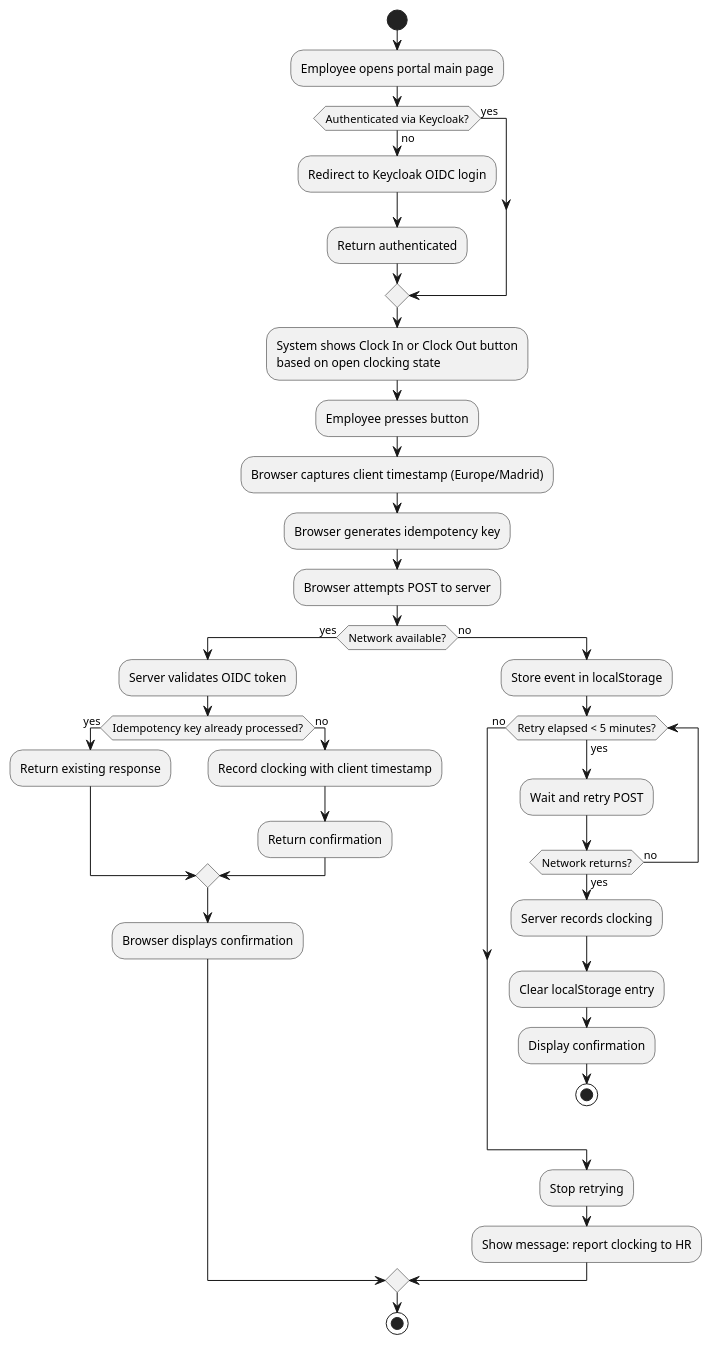
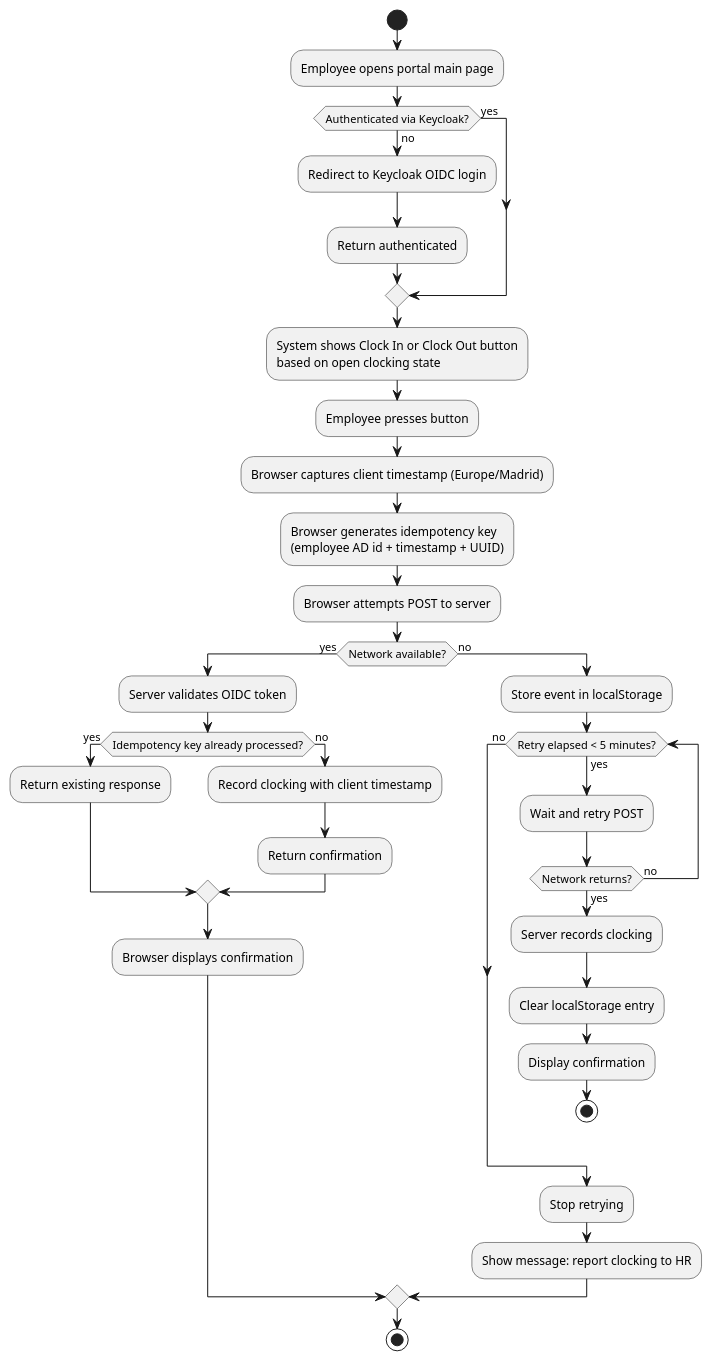
Before and after one commit to banense-test/portal: the second of 5 diagrams in docs/artifacts/requirements/use-case-model.md, drawn with PlantUML. The commit also changed other lines of this file, not shown here.

````diff
--- a/docs/artifacts/requirements/use-case-model.md
+++ b/docs/artifacts/requirements/use-case-model.md
@@ -128,42 +167,43 @@
 ```plantuml
 @startuml UC003_Clock_In_Out_Activity
 start
 :Employee opens portal main page;
 if (Authenticated via Keycloak?) then (no)
   :Redirect to Keycloak OIDC login;
   :Return authenticated;
 else (yes)
 endif
 :System shows Clock In or Clock Out button
 based on open clocking state;
 :Employee presses button;
 :Browser captures client timestamp (Europe/Madrid);
-:Browser generates idempotency key;
+:Browser generates idempotency key
+(employee AD id + timestamp + UUID);
 :Browser attempts POST to server;
 if (Network available?) then (yes)
   :Server validates OIDC token;
   if (Idempotency key already processed?) then (yes)
     :Return existing response;
   else (no)
     :Record clocking with client timestamp;
     :Return confirmation;
   endif
   :Browser displays confirmation;
 else (no)
   :Store event in localStorage;
   while (Retry elapsed < 5 minutes?) is (yes)
     :Wait and retry POST;
     if (Network returns?) then (yes)
       :Server records clocking;
       :Clear localStorage entry;
       :Display confirmation;
       stop
     else (no)
     endif
   endwhile (no)
   :Stop retrying;
   :Show message: report clocking to HR;
 endif
 stop
 @enduml
 ```
````
